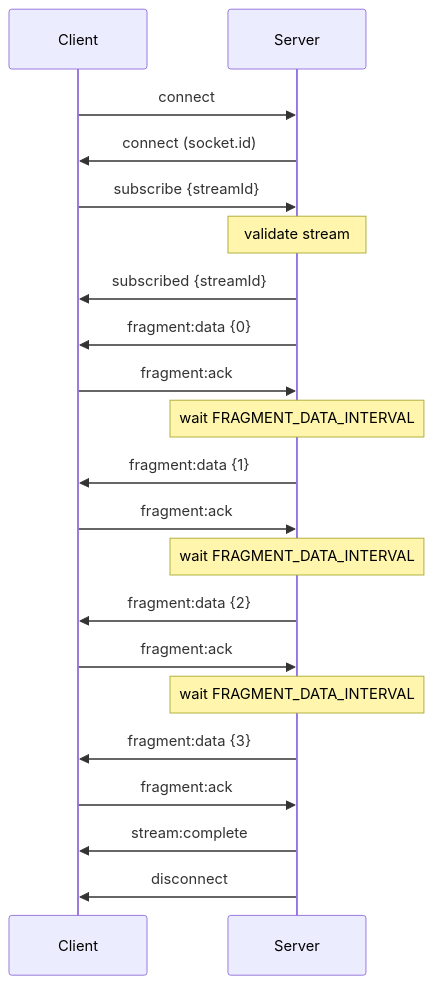
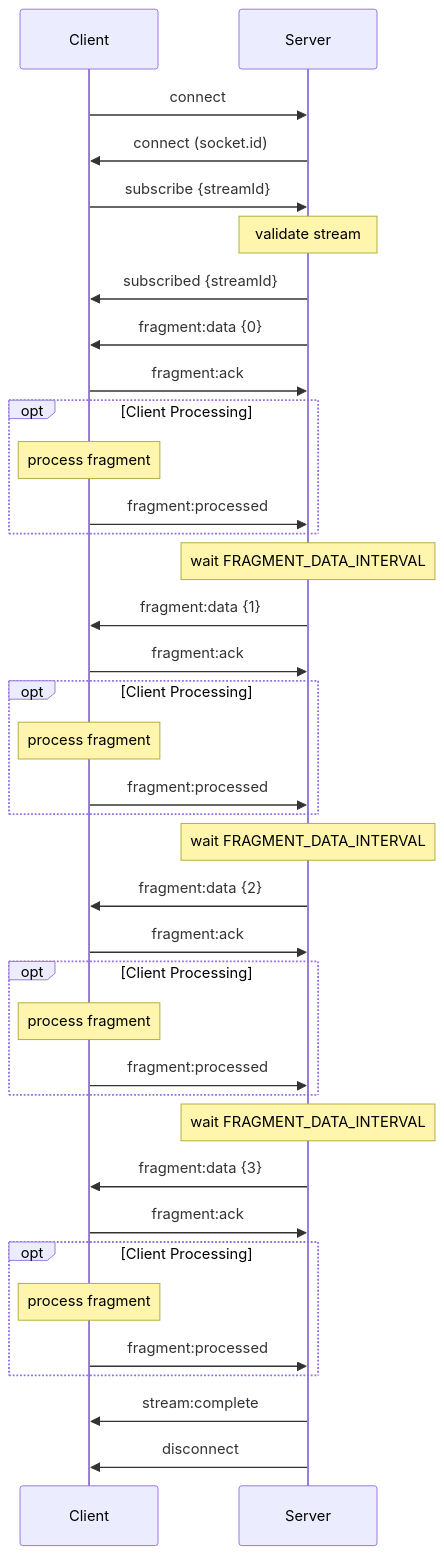
Before and after one commit to yuhao-tubi/multi-language-live: the second of 4 diagrams in apps/mock-media-service/PROTOCOL.md, drawn with Mermaid. The commit also changed other lines of this file and 5 other files, not shown here.

````diff
--- a/apps/mock-media-service/PROTOCOL.md
+++ b/apps/mock-media-service/PROTOCOL.md
@@ -193,30 +213,46 @@
 ```mermaid
 sequenceDiagram
     participant C as Client
     participant S as Server
     
     C->>S: connect
     S->>C: connect (socket.id)
     
     C->>S: subscribe {streamId}
     Note over S: validate stream
     S->>C: subscribed {streamId}
     
     S->>C: fragment:data {0}
     C->>S: fragment:ack
+    opt Client Processing
+        Note over C: process fragment
+        C->>S: fragment:processed
+    end
     Note over S: wait FRAGMENT_DATA_INTERVAL
     
     S->>C: fragment:data {1}
     C->>S: fragment:ack
+    opt Client Processing
+        Note over C: process fragment
+        C->>S: fragment:processed
+    end
     Note over S: wait FRAGMENT_DATA_INTERVAL
     
     S->>C: fragment:data {2}
     C->>S: fragment:ack
+    opt Client Processing
+        Note over C: process fragment
+        C->>S: fragment:processed
+    end
     Note over S: wait FRAGMENT_DATA_INTERVAL
     
     S->>C: fragment:data {3}
     C->>S: fragment:ack
+    opt Client Processing
+        Note over C: process fragment
+        C->>S: fragment:processed
+    end
     
     S->>C: stream:complete
     S->>C: disconnect
 ```
````
